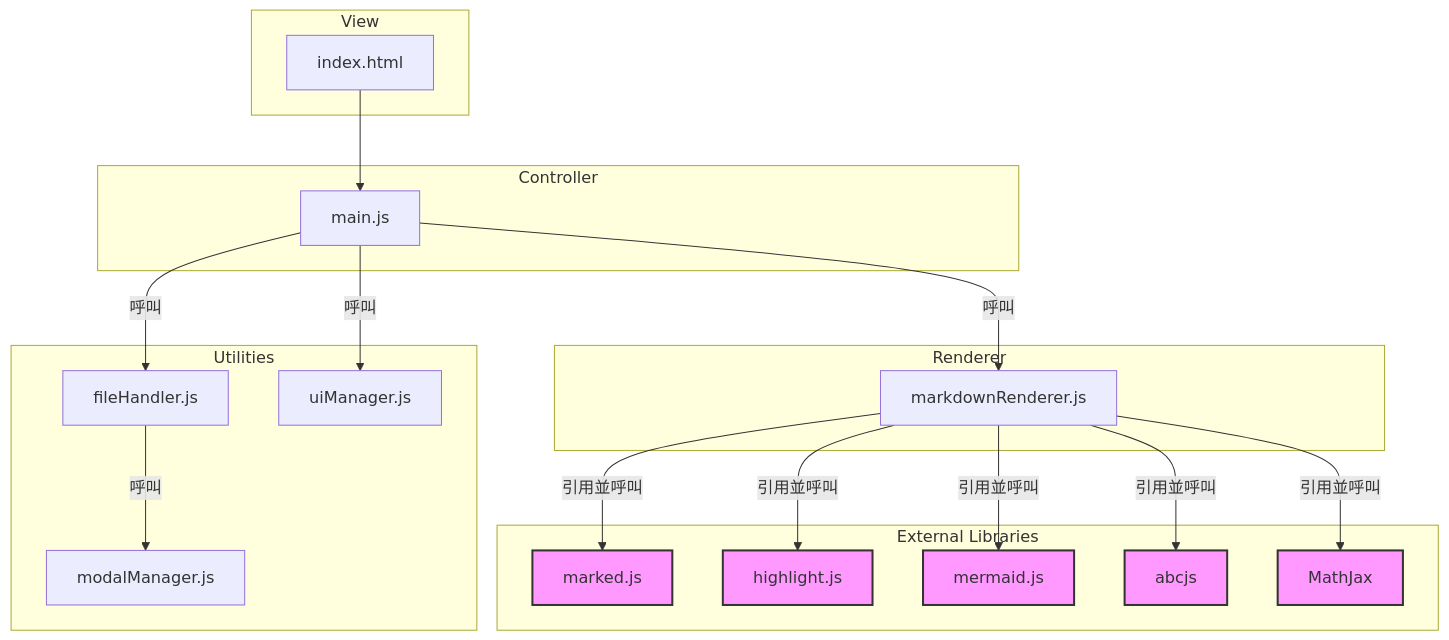
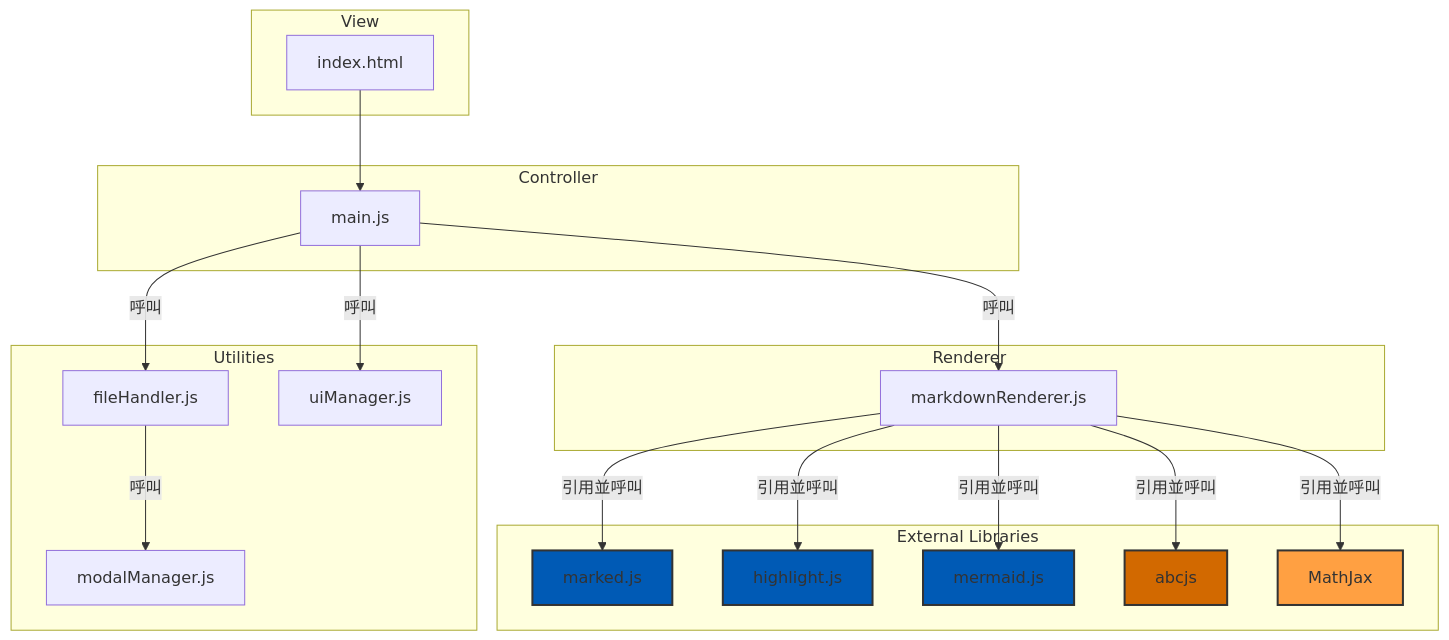
One commit to ytssamuel/md_editor changed the first of 5 diagrams in demo.md. Above: the diagram before and after it, drawn with Mermaid. The commit also changed other lines of this file, not shown here.

````diff
--- a/demo.md
+++ b/demo.md
@@ -38,45 +41,45 @@
 ```mermaid
 graph TD
     subgraph View
         index.html
     end
 
     subgraph Controller
         main.js
     end
 
     subgraph Renderer
         markdownRenderer.js
     end
 
     subgraph Utilities
         fileHandler.js
         uiManager.js
         modalManager.js
     end
 
     subgraph External Libraries
         L1[marked.js]
         L2[highlight.js]
         L3[mermaid.js]
         L4[abcjs]
         L5[MathJax]
     end
 
     index.html --> main.js
     main.js --呼叫--> markdownRenderer.js
     main.js --呼叫--> fileHandler.js
     main.js --呼叫--> uiManager.js
     fileHandler.js --呼叫--> modalManager.js
     markdownRenderer.js --引用並呼叫--> L1
     markdownRenderer.js --引用並呼叫--> L2
     markdownRenderer.js --引用並呼叫--> L3
     markdownRenderer.js --引用並呼叫--> L4
     markdownRenderer.js --引用並呼叫--> L5
 
-    style L1 fill:#f9f,stroke:#333,stroke-width:2px
-    style L2 fill:#f9f,stroke:#333,stroke-width:2px
-    style L3 fill:#f9f,stroke:#333,stroke-width:2px
-    style L4 fill:#f9f,stroke:#333,stroke-width:2px
-    style L5 fill:#f9f,stroke:#333,stroke-width:2px
+    style L1 fill:#005AB5,stroke:#333,stroke-width:2px
+    style L2 fill:#005AB5,stroke:#333,stroke-width:2px
+    style L3 fill:#005AB5,stroke:#333,stroke-width:2px
+    style L4 fill:#D26900,stroke:#333,stroke-width:2px
+    style L5 fill:#FFA042,stroke:#333,stroke-width:2px
 ```
````
